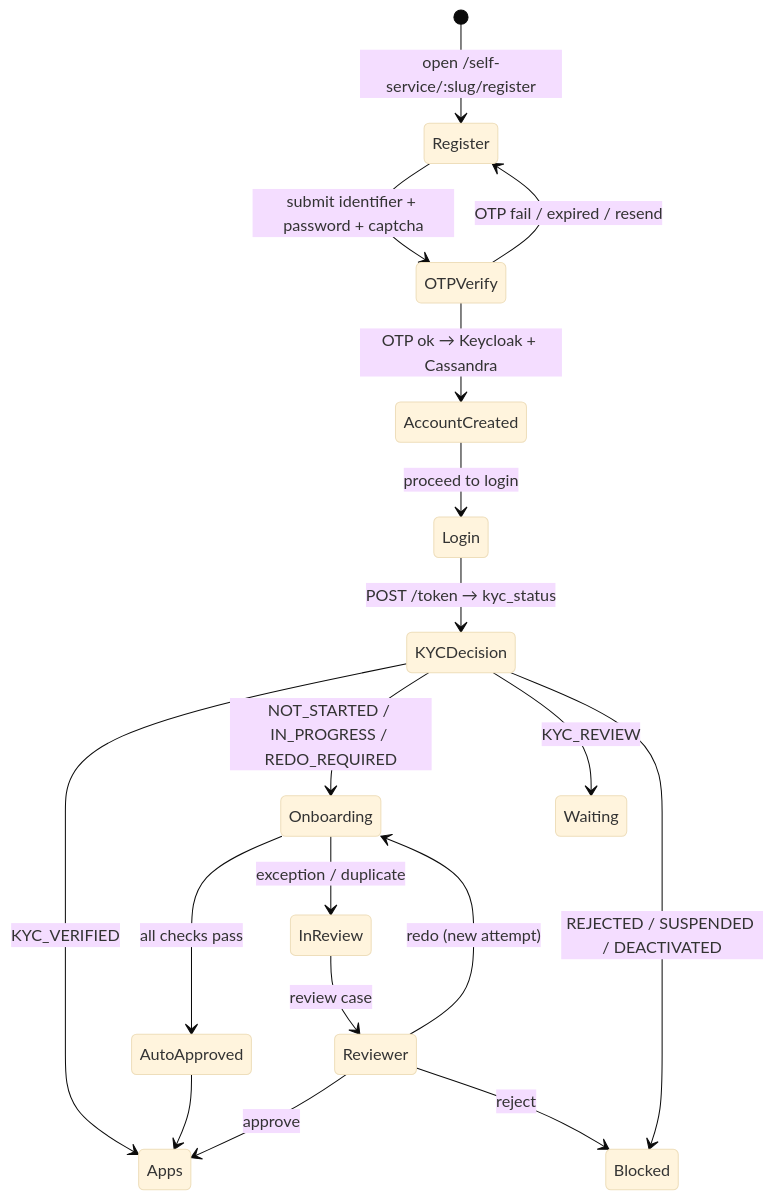
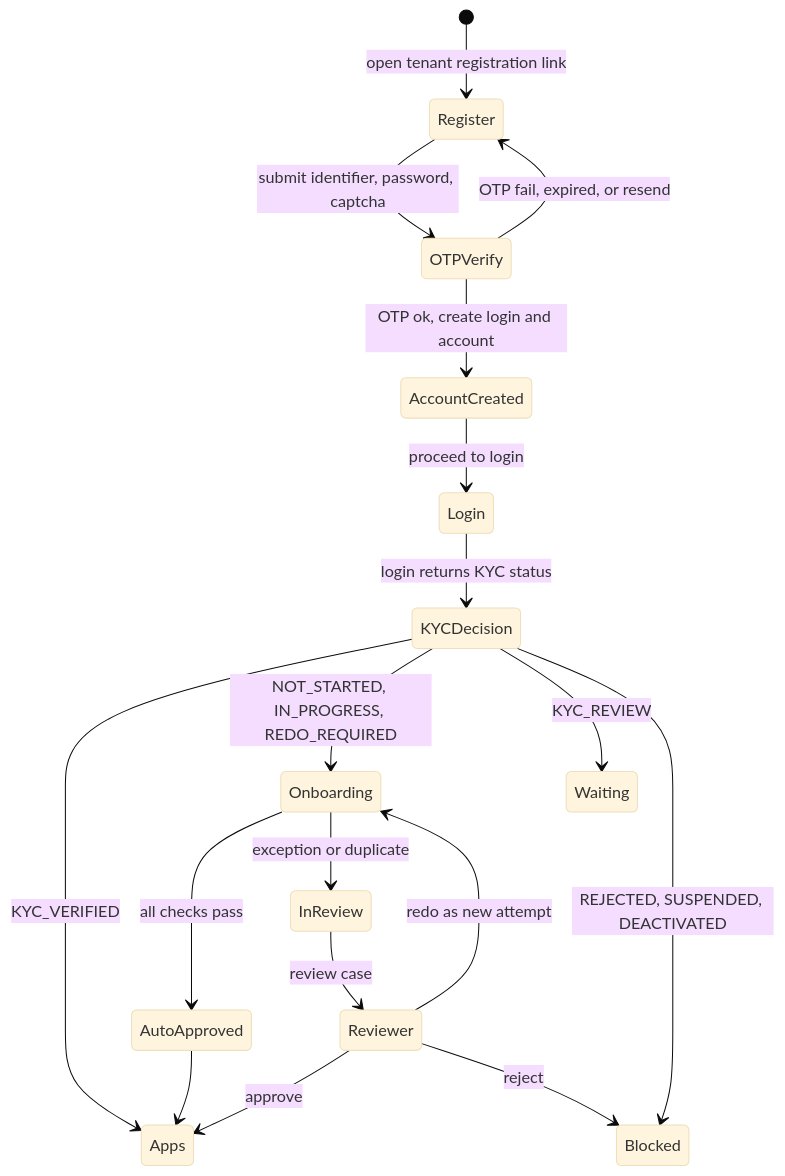
The seventh of 15 diagrams in docs/02-architecture-diagrams.md (kevzo8/cps-272), drawn with Mermaid (base theme) before and after one commit. The commit also changed other lines of this file, not shown here.

Commit message:
Fix mermaid state labels: no colons, arrows, or markers in edge text

````diff
--- a/docs/02-architecture-diagrams.md
+++ b/docs/02-architecture-diagrams.md
@@ -141,20 +141,20 @@
 ```mermaid
 stateDiagram-v2
-    [*] --> Register: open /self-service/:slug/register
-    Register --> OTPVerify: submit identifier + password + captcha
-    OTPVerify --> AccountCreated: OTP ok → Keycloak + Cassandra
-    OTPVerify --> Register: OTP fail / expired / resend
+    [*] --> Register: open tenant registration link
+    Register --> OTPVerify: submit identifier, password, captcha
+    OTPVerify --> AccountCreated: OTP ok, create login and account
+    OTPVerify --> Register: OTP fail, expired, or resend
     AccountCreated --> Login: proceed to login
-    Login --> KYCDecision: POST /token → kyc_status
+    Login --> KYCDecision: login returns KYC status
     KYCDecision --> Apps: KYC_VERIFIED
-    KYCDecision --> Onboarding: NOT_STARTED / IN_PROGRESS / REDO_REQUIRED
+    KYCDecision --> Onboarding: NOT_STARTED, IN_PROGRESS, REDO_REQUIRED
     KYCDecision --> Waiting: KYC_REVIEW
-    KYCDecision --> Blocked: REJECTED / SUSPENDED / DEACTIVATED
+    KYCDecision --> Blocked: REJECTED, SUSPENDED, DEACTIVATED
     Onboarding --> AutoApproved: all checks pass
-    Onboarding --> InReview: exception / duplicate
+    Onboarding --> InReview: exception or duplicate
     AutoApproved --> Apps
     InReview --> Reviewer: review case
     Reviewer --> Apps: approve
-    Reviewer --> Onboarding: redo (new attempt)
+    Reviewer --> Onboarding: redo as new attempt
     Reviewer --> Blocked: reject
 ```
````
